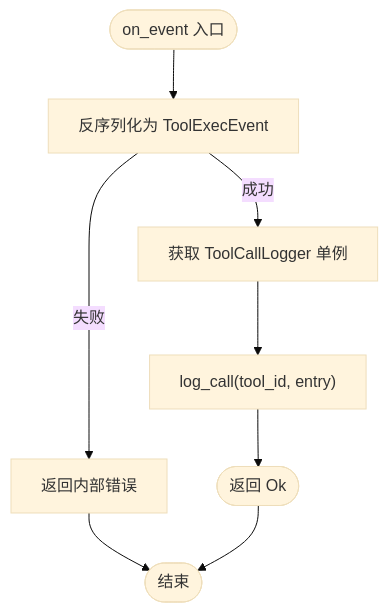
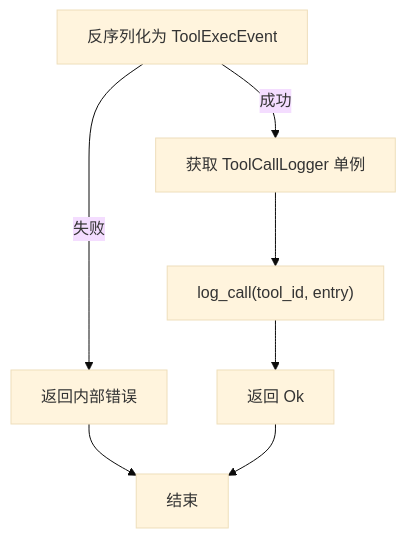
The third of 7 diagrams in docs/wiki/zh/content/基础设施/AOP 事件系统/事件消费者/工具执行日志消费者.md (runningcoders/ai_orz), drawn with Mermaid (base theme) before and after one commit. The commit also changed other lines of this file and 37 other files, not shown here.

````diff
--- a/docs/wiki/zh/content/基础设施/AOP 事件系统/事件消费者/工具执行日志消费者.md
+++ b/docs/wiki/zh/content/基础设施/AOP 事件系统/事件消费者/工具执行日志消费者.md
@@ -115,10 +124,9 @@
 ```mermaid
-flowchart TD
-Start(["on_event 入口"]) --> Parse["反序列化为 ToolExecEvent"]
-Parse --> |成功| GetLogger["获取 ToolCallLogger 单例"]
+graph TB
+Parse["反序列化为 ToolExecEvent"] --> |成功| GetLogger["获取 ToolCallLogger 单例"]
 Parse --> |失败| Err["返回内部错误"]
 GetLogger --> Write["log_call(tool_id, entry)"]
-Write --> Done(["返回 Ok"])
-Err --> End(["结束"])
+Write --> Done["返回 Ok"]
+Err --> End["结束"]
 Done --> End
 ```
````
